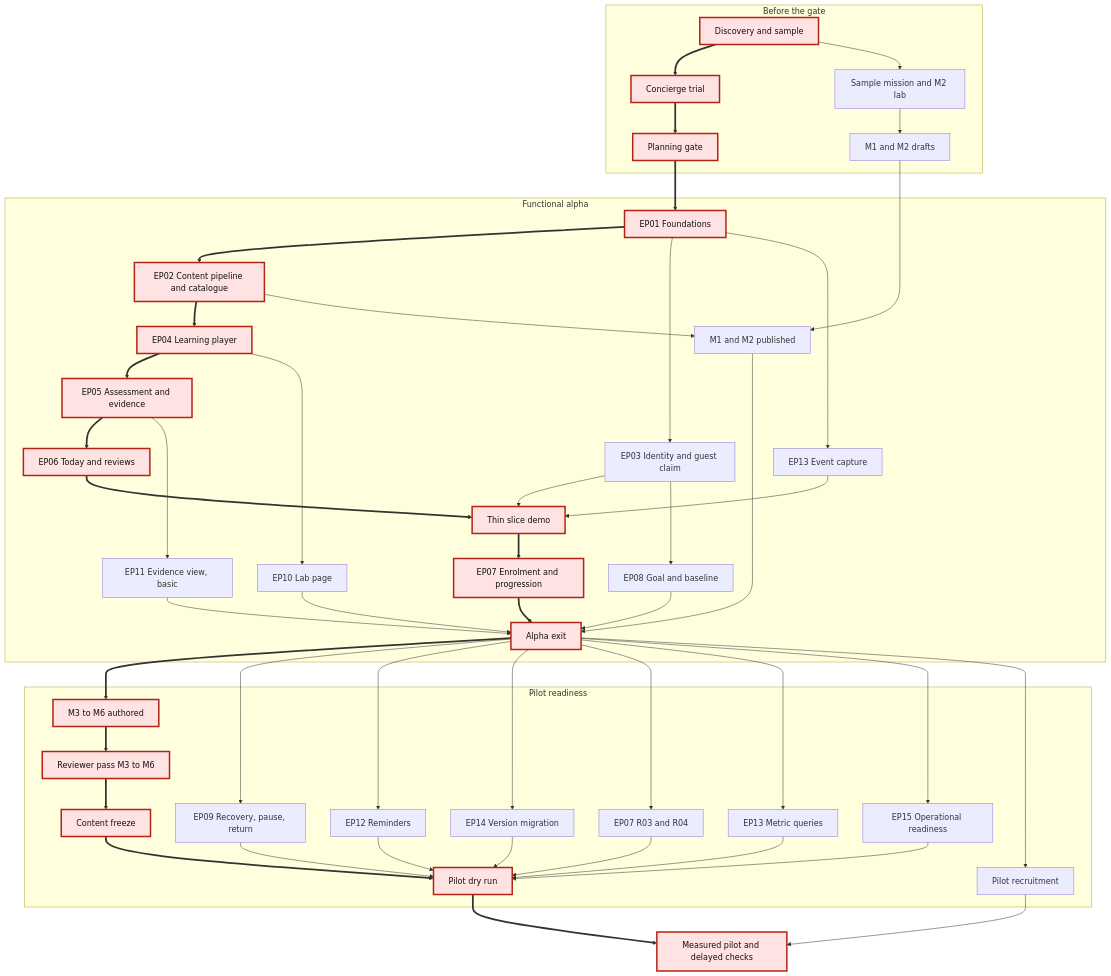
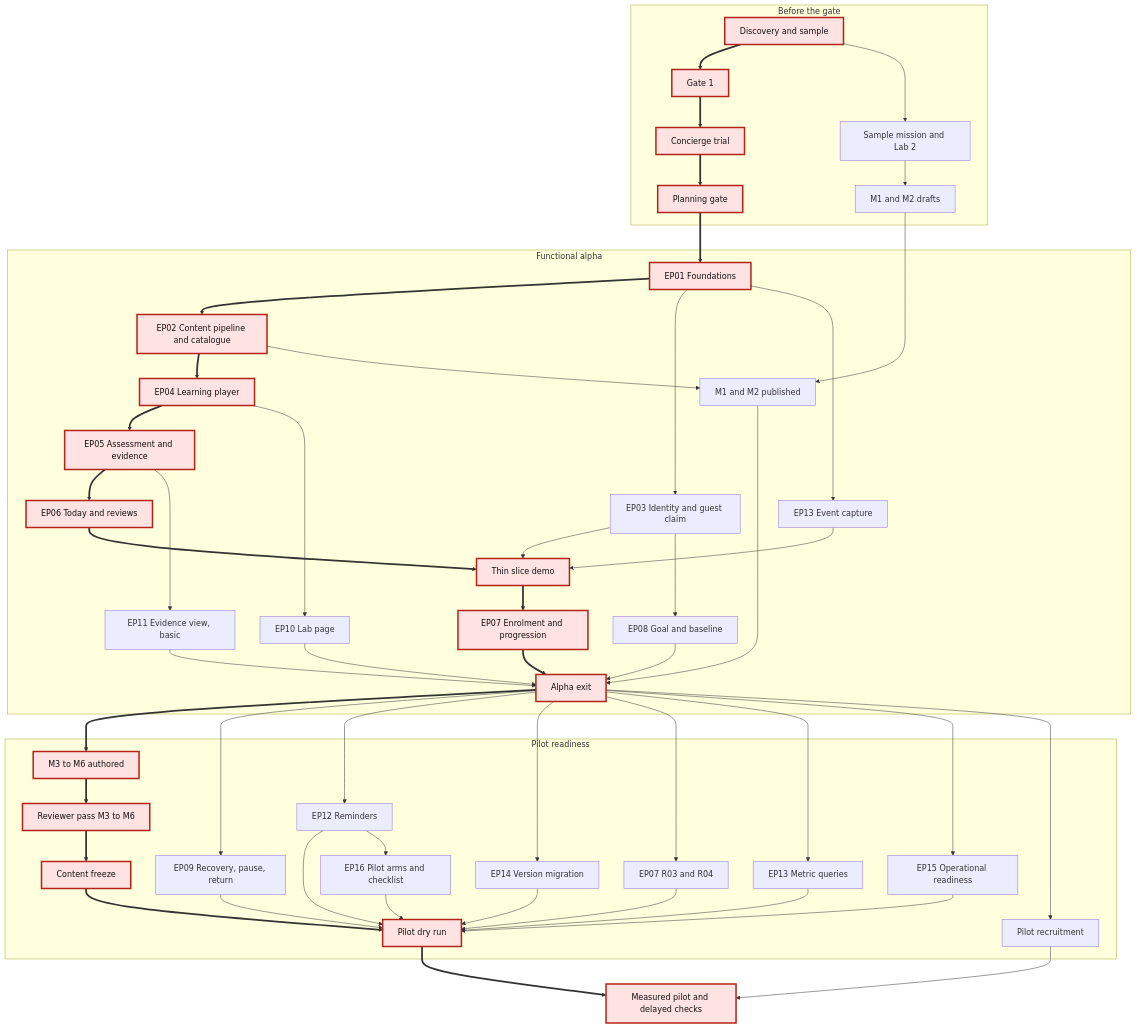
The second of 2 diagrams in devstep/docs/12-delivery-plan.md (GhanshyamSoni68/app_idea), drawn with Mermaid before and after one commit. The commit also changed other lines of this file and 8 other files, not shown here.

````diff
--- a/devstep/docs/12-delivery-plan.md
+++ b/devstep/docs/12-delivery-plan.md
@@ -349,61 +358,64 @@
 ```mermaid
 flowchart TB
     subgraph PRE["Before the gate"]
         DISC["Discovery and sample"]
+        G1["Gate 1"]
         CONC["Concierge trial"]
-        C1["Sample mission and M2 lab"]
+        C1["Sample mission and Lab 2"]
         C2["M1 and M2 drafts"]
         GATE["Planning gate"]
     end
     subgraph ALP["Functional alpha"]
         EP01["EP01 Foundations"]
         EP02["EP02 Content pipeline and catalogue"]
         EP03["EP03 Identity and guest claim"]
         EP13A["EP13 Event capture"]
         EP04["EP04 Learning player"]
         EP05["EP05 Assessment and evidence"]
         EP06["EP06 Today and reviews"]
         SLICE["Thin slice demo"]
         EP07["EP07 Enrolment and progression"]
         EP08["EP08 Goal and baseline"]
         EP10["EP10 Lab page"]
         EP11["EP11 Evidence view, basic"]
         C3["M1 and M2 published"]
         ALPHA["Alpha exit"]
     end
     subgraph RDY["Pilot readiness"]
         C4["M3 to M6 authored"]
         C5["Reviewer pass M3 to M6"]
         FREEZE["Content freeze"]
         EP09["EP09 Recovery, pause, return"]
         EP12["EP12 Reminders"]
+        EP16["EP16 Pilot arms and checklist"]
         EP14["EP14 Version migration"]
         R34["EP07 R03 and R04"]
         EP13B["EP13 Metric queries"]
         EP15["EP15 Operational readiness"]
         RECRUIT["Pilot recruitment"]
         DRY["Pilot dry run"]
     end
     PILOT["Measured pilot and delayed checks"]
 
-    DISC ==> CONC ==> GATE ==> EP01 ==> EP02 ==> EP04 ==> EP05 ==> EP06 ==> SLICE ==> EP07 ==> ALPHA
+    DISC ==> G1 ==> CONC ==> GATE ==> EP01 ==> EP02 ==> EP04 ==> EP05 ==> EP06 ==> SLICE ==> EP07 ==> ALPHA
     ALPHA ==> C4 ==> C5 ==> FREEZE ==> DRY ==> PILOT
 
     DISC --> C1 --> C2 --> C3
     EP02 --> C3 --> ALPHA
     EP01 --> EP03 --> SLICE
     EP01 --> EP13A --> SLICE
     EP03 --> EP08 --> ALPHA
     EP04 --> EP10 --> ALPHA
     EP05 --> EP11 --> ALPHA
     ALPHA --> EP09 --> DRY
     ALPHA --> EP12 --> DRY
+    EP12 --> EP16 --> DRY
     ALPHA --> EP14 --> DRY
     ALPHA --> R34 --> DRY
     ALPHA --> EP13B --> DRY
     ALPHA --> EP15 --> DRY
     ALPHA --> RECRUIT --> PILOT
 
     classDef critical fill:#ffe3e3,stroke:#b42318,stroke-width:3px,color:#111
-    class DISC,CONC,GATE,EP01,EP02,EP04,EP05,EP06,SLICE,EP07,ALPHA,C4,C5,FREEZE,DRY,PILOT critical
+    class DISC,G1,CONC,GATE,EP01,EP02,EP04,EP05,EP06,SLICE,EP07,ALPHA,C4,C5,FREEZE,DRY,PILOT critical
 ```
````
